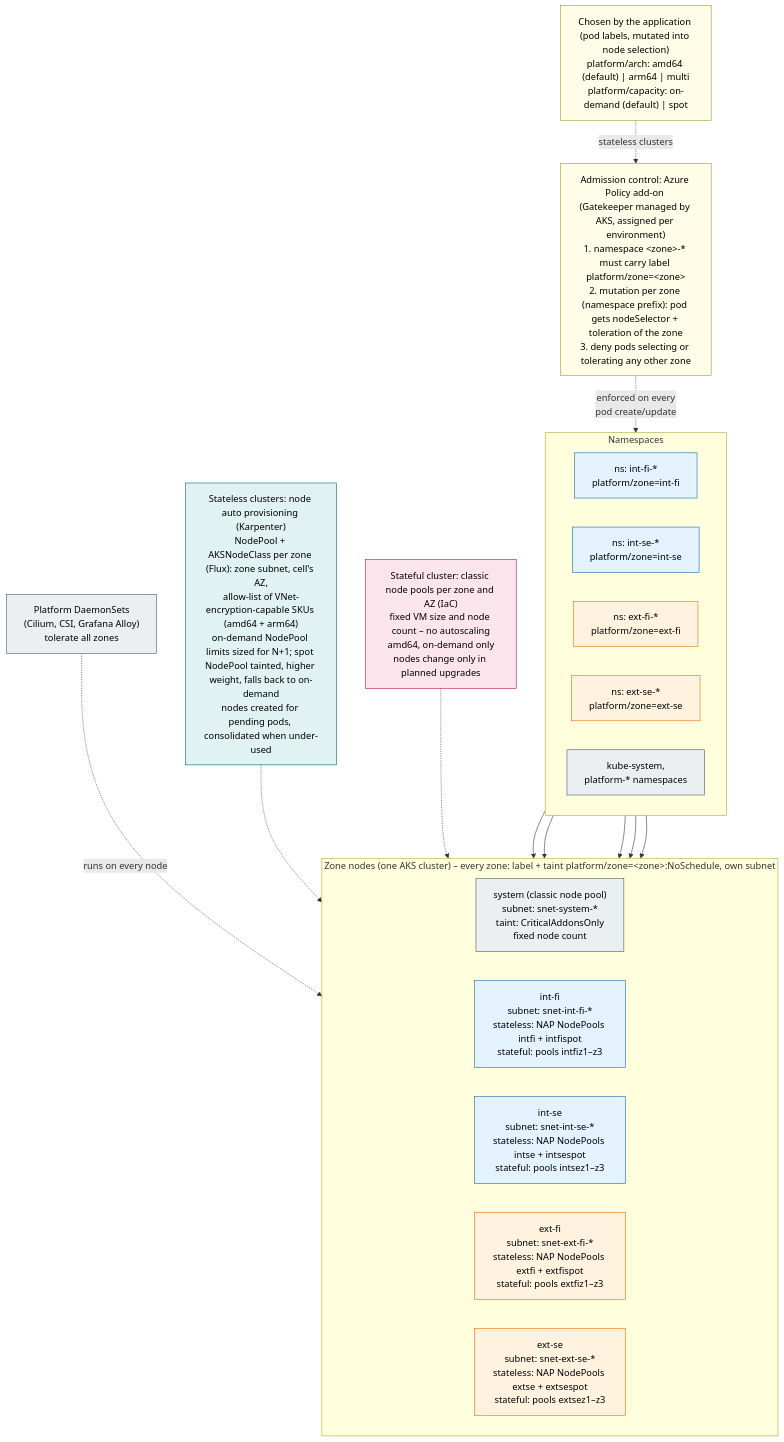
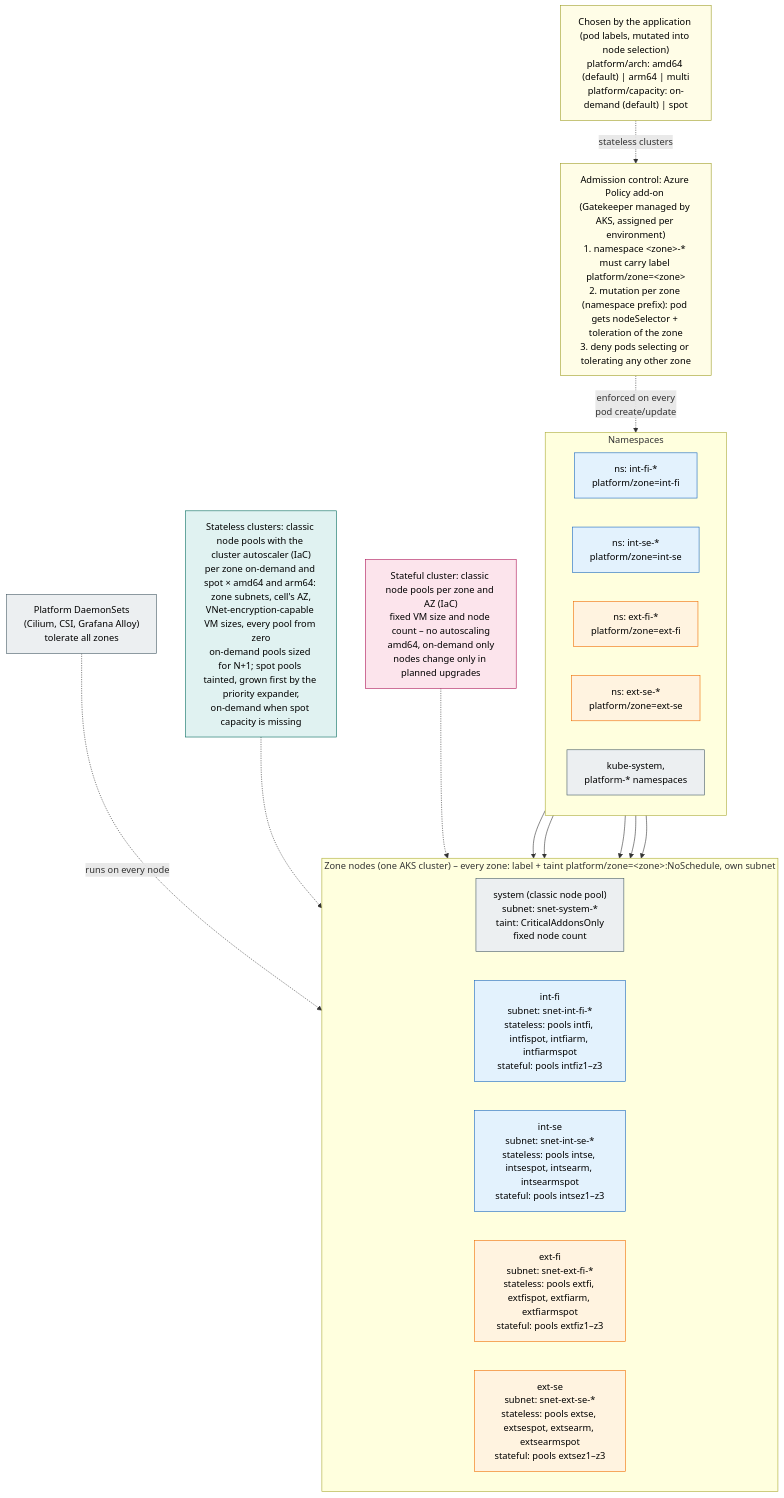
The diagram in diagrams/2.3-node-pools.mmd (onek8s/onek8s.github.io), drawn with Mermaid before and after one commit. The commit also changed 56 other files, not shown here.

First line of the commit message:
Design v2.0: one cell network (pod subnet), no AKS Automatic, one lab cell (#97)

```diff
--- a/diagrams/2.3-node-pools.mmd
+++ b/diagrams/2.3-node-pools.mmd
@@ -1,52 +1,52 @@
 %% Nodes per zone: scheduling isolation with labels, taints and admission control.
-%% Stateless clusters get zone nodes from node auto provisioning (NAP); the stateful cluster uses fixed-size node pools.
+%% Stateless clusters scale their zone pools with the cluster autoscaler; the stateful cluster uses fixed-size node pools.
 flowchart TB
     adm["Admission control: Azure Policy add-on (Gatekeeper managed by AKS, assigned per environment)<br/>1. namespace &lt;zone&gt;-* must carry label platform/zone=&lt;zone&gt;<br/>2. mutation per zone (namespace prefix): pod gets nodeSelector + toleration of the zone<br/>3. deny pods selecting or tolerating any other zone"]
 
     subgraph NS["Namespaces"]
         direction LR
         ns_ifi["ns: int-fi-*<br/>platform/zone=int-fi"]
         ns_ise["ns: int-se-*<br/>platform/zone=int-se"]
         ns_efi["ns: ext-fi-*<br/>platform/zone=ext-fi"]
         ns_ese["ns: ext-se-*<br/>platform/zone=ext-se"]
         ns_sys["kube-system,<br/>platform-* namespaces"]
     end
 
     subgraph POOLS["Zone nodes (one AKS cluster) – every zone: label + taint platform/zone=&lt;zone&gt;:NoSchedule, own subnet"]
         direction LR
         p_sys["system (classic node pool)<br/>subnet: snet-system-*<br/>taint: CriticalAddonsOnly<br/>fixed node count"]
-        p_ifi["int-fi<br/>subnet: snet-int-fi-*<br/>stateless: NAP NodePools intfi + intfispot<br/>stateful: pools intfiz1–z3"]
-        p_ise["int-se<br/>subnet: snet-int-se-*<br/>stateless: NAP NodePools intse + intsespot<br/>stateful: pools intsez1–z3"]
-        p_efi["ext-fi<br/>subnet: snet-ext-fi-*<br/>stateless: NAP NodePools extfi + extfispot<br/>stateful: pools extfiz1–z3"]
-        p_ese["ext-se<br/>subnet: snet-ext-se-*<br/>stateless: NAP NodePools extse + extsespot<br/>stateful: pools extsez1–z3"]
+        p_ifi["int-fi<br/>subnet: snet-int-fi-*<br/>stateless: pools intfi, intfispot, intfiarm, intfiarmspot<br/>stateful: pools intfiz1–z3"]
+        p_ise["int-se<br/>subnet: snet-int-se-*<br/>stateless: pools intse, intsespot, intsearm, intsearmspot<br/>stateful: pools intsez1–z3"]
+        p_efi["ext-fi<br/>subnet: snet-ext-fi-*<br/>stateless: pools extfi, extfispot, extfiarm, extfiarmspot<br/>stateful: pools extfiz1–z3"]
+        p_ese["ext-se<br/>subnet: snet-ext-se-*<br/>stateless: pools extse, extsespot, extsearm, extsearmspot<br/>stateful: pools extsez1–z3"]
     end
 
     adm -.->|"enforced on every<br/>pod create/update"| NS
     ns_sys --> p_sys
     ns_ifi --> p_ifi
     ns_ise --> p_ise
     ns_efi --> p_efi
     ns_ese --> p_ese
 
     ds["Platform DaemonSets<br/>(Cilium, CSI, Grafana Alloy)<br/>tolerate all zones"]
     ds -.->|"runs on every node"| POOLS
 
-    nap["Stateless clusters: node auto provisioning (Karpenter)<br/>NodePool + AKSNodeClass per zone (Flux): zone subnet, cell's AZ,<br/>allow-list of VNet-encryption-capable SKUs (amd64 + arm64)<br/>on-demand NodePool limits sized for N+1; spot NodePool tainted, higher weight, falls back to on-demand<br/>nodes created for pending pods, consolidated when under-used"]
+    csa["Stateless clusters: classic node pools with the cluster autoscaler (IaC)<br/>per zone on-demand and spot × amd64 and arm64: zone subnets, cell's AZ,<br/>VNet-encryption-capable VM sizes, every pool from zero<br/>on-demand pools sized for N+1; spot pools tainted, grown first by the priority expander,<br/>on-demand when spot capacity is missing"]
     choice["Chosen by the application (pod labels, mutated into node selection)<br/>platform/arch: amd64 (default) | arm64 | multi<br/>platform/capacity: on-demand (default) | spot"]
     choice -.->|"stateless clusters"| adm
     fix["Stateful cluster: classic node pools per zone and AZ (IaC)<br/>fixed VM size and node count – no autoscaling<br/>amd64, on-demand only<br/>nodes change only in planned upgrades"]
-    nap -.-> POOLS
+    csa -.-> POOLS
     fix -.-> POOLS
 
     classDef cp fill:#eceff1,stroke:#455a64,color:#000
     classDef int fill:#e3f2fd,stroke:#1565c0,color:#000
     classDef ext fill:#fff3e0,stroke:#ef6c00,color:#000
     classDef note fill:#fffde7,stroke:#9e9d24,color:#000
     classDef sl fill:#e0f2f1,stroke:#00695c,color:#000
     classDef sf fill:#fce4ec,stroke:#ad1457,color:#000
     class p_sys,ns_sys,ds cp
     class p_ifi,p_ise,ns_ifi,ns_ise int
     class p_efi,p_ese,ns_efi,ns_ese ext
     class adm,choice note
-    class nap sl
+    class csa sl
     class fix sf
```
